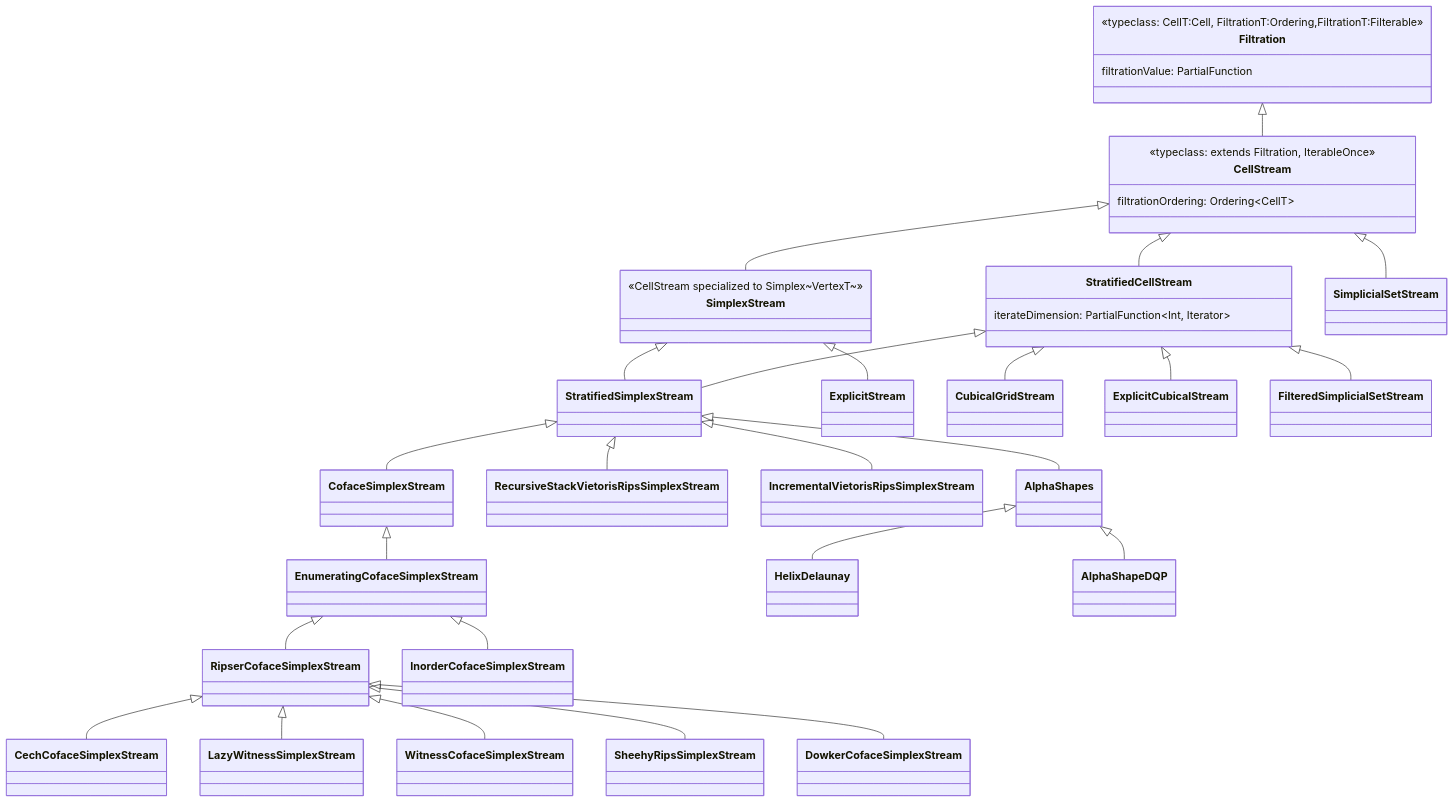
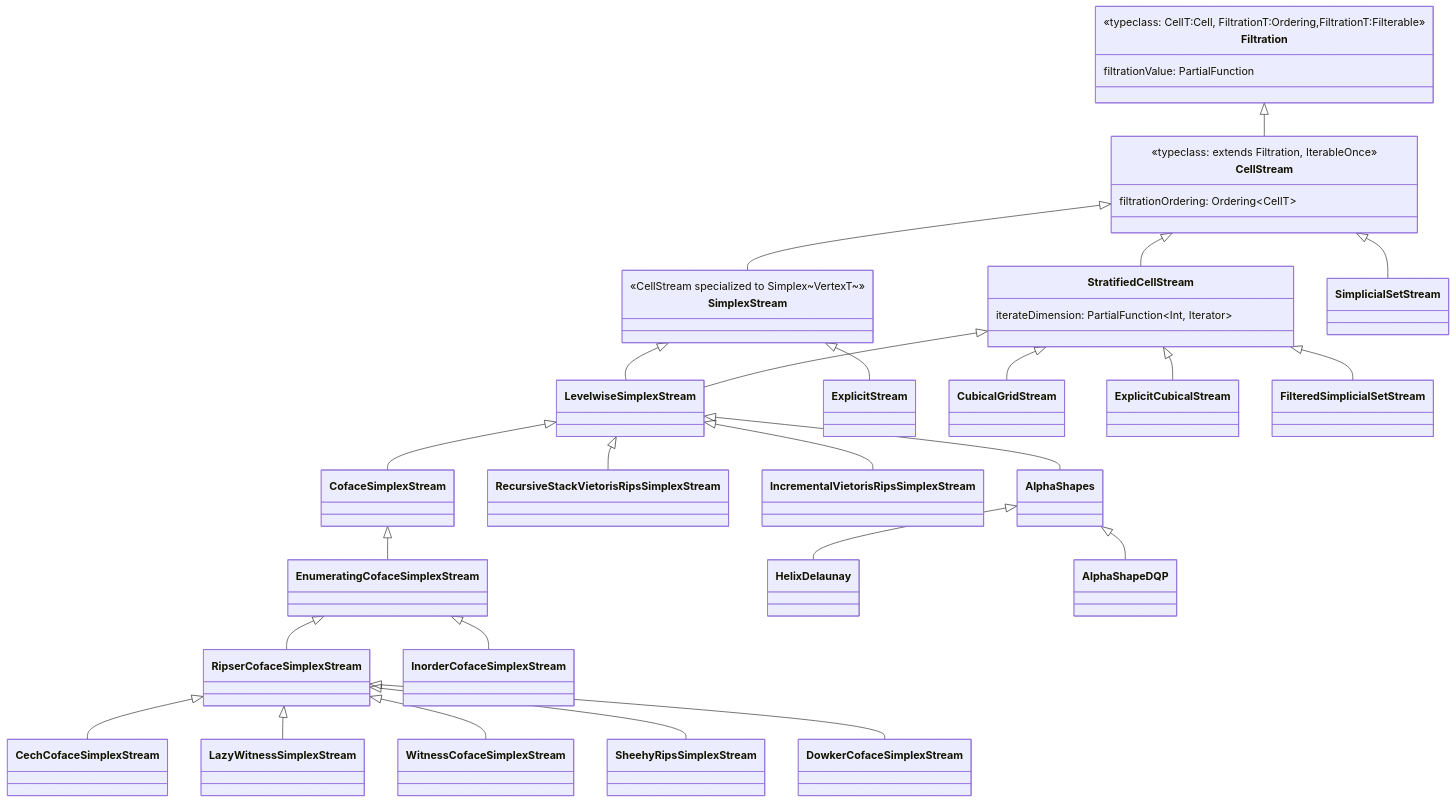
The fourth of 7 diagrams in _docs/developers-guide/class-diagrams.md (appliedtopology/tda4j), drawn with Mermaid before and after one commit. The commit also changed 17 other files, not shown here.

First line of the commit message:
Rename StratifiedSimplexStream to LevelwiseSimplexStream; CLAUDE.md and design-doc status for the stream rename

````diff
--- a/_docs/developers-guide/class-diagrams.md
+++ b/_docs/developers-guide/class-diagrams.md
@@ -122,41 +122,41 @@
 ```mermaid
 classDiagram
     class Filtration {
         <<typeclass: CellT:Cell, FiltrationT:Ordering,FiltrationT:Filterable>>
         filtrationValue: PartialFunction
     }
     class CellStream {
         <<typeclass: extends Filtration, IterableOnce>>
         filtrationOrdering: Ordering~CellT~
     }
     class SimplexStream {
         <<CellStream specialized to Simplex~VertexT~>>
     }
     class StratifiedCellStream {
         iterateDimension: PartialFunction~Int, Iterator~
     }
     Filtration <|-- CellStream
     CellStream <|-- SimplexStream
     CellStream <|-- StratifiedCellStream
-    SimplexStream <|-- StratifiedSimplexStream
-    StratifiedCellStream <|-- StratifiedSimplexStream
-    StratifiedSimplexStream <|-- CofaceSimplexStream
+    SimplexStream <|-- LevelwiseSimplexStream
+    StratifiedCellStream <|-- LevelwiseSimplexStream
+    LevelwiseSimplexStream <|-- CofaceSimplexStream
     CofaceSimplexStream <|-- EnumeratingCofaceSimplexStream
     EnumeratingCofaceSimplexStream <|-- RipserCofaceSimplexStream
     RipserCofaceSimplexStream <|-- CechCofaceSimplexStream
     RipserCofaceSimplexStream <|-- LazyWitnessSimplexStream
     RipserCofaceSimplexStream <|-- WitnessCofaceSimplexStream
     RipserCofaceSimplexStream <|-- SheehyRipsSimplexStream
     RipserCofaceSimplexStream <|-- DowkerCofaceSimplexStream
     EnumeratingCofaceSimplexStream <|-- InorderCofaceSimplexStream
     SimplexStream <|-- ExplicitStream
-    StratifiedSimplexStream <|-- RecursiveStackVietorisRipsSimplexStream
-    StratifiedSimplexStream <|-- IncrementalVietorisRipsSimplexStream
-    StratifiedSimplexStream <|-- AlphaShapes
+    LevelwiseSimplexStream <|-- RecursiveStackVietorisRipsSimplexStream
+    LevelwiseSimplexStream <|-- IncrementalVietorisRipsSimplexStream
+    LevelwiseSimplexStream <|-- AlphaShapes
     AlphaShapes <|-- HelixDelaunay
     AlphaShapes <|-- AlphaShapeDQP
     StratifiedCellStream <|-- CubicalGridStream
     StratifiedCellStream <|-- ExplicitCubicalStream
     CellStream <|-- SimplicialSetStream
     StratifiedCellStream <|-- FilteredSimplicialSetStream
 ```
````
